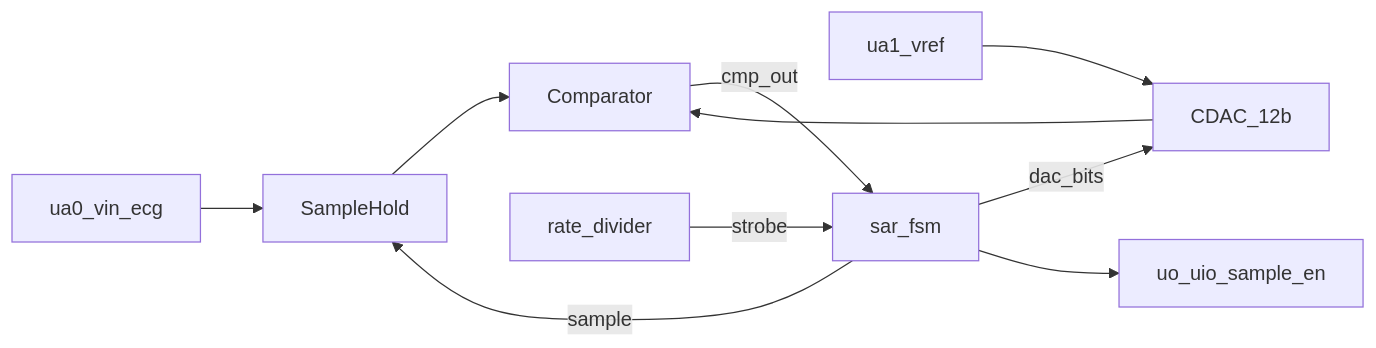
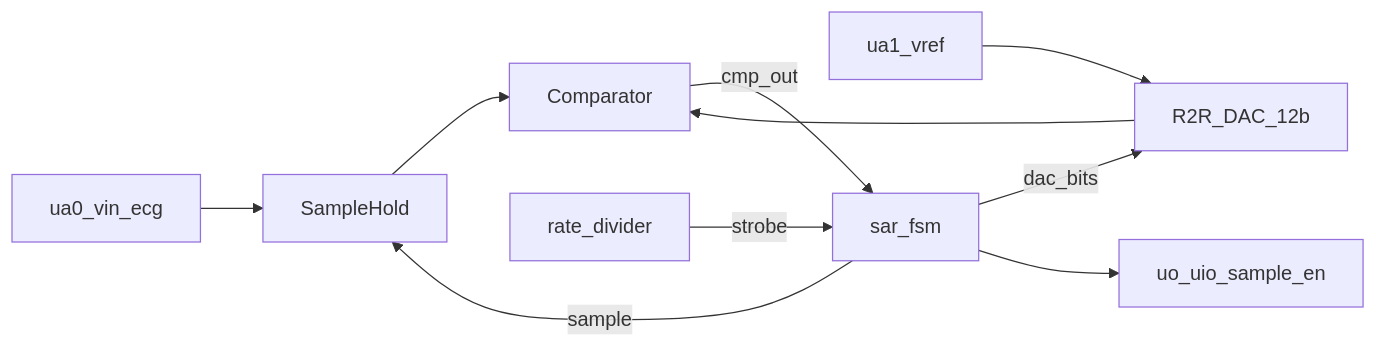
One commit to davidbroughsmyth/heart_monitor_adc_art_ttsky26c changed the diagram in docs/info.md. Above: the diagram before and after it, drawn with Mermaid. The commit also changed other lines of this file and 35 other files, not shown here.

````diff
--- a/docs/info.md
+++ b/docs/info.md
@@ -33,12 +33,12 @@
 ```mermaid
 flowchart LR
   ua0[ua0_vin_ecg] --> sh[SampleHold]
-  ua1[ua1_vref] --> cdac[CDAC_12b]
+  ua1[ua1_vref] --> dac[R2R_DAC_12b]
   sar[sar_fsm] -->|sample| sh
-  sar -->|dac_bits| cdac
+  sar -->|dac_bits| dac
   sh --> cmp[Comparator]
-  cdac --> cmp
+  dac --> cmp
   cmp -->|cmp_out| sar
   rate[rate_divider] -->|strobe| sar
   sar --> bus[uo_uio_sample_en]
 ```
````
